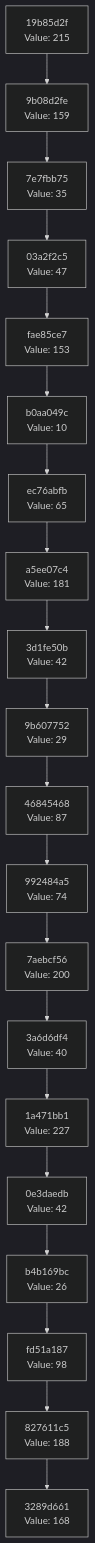
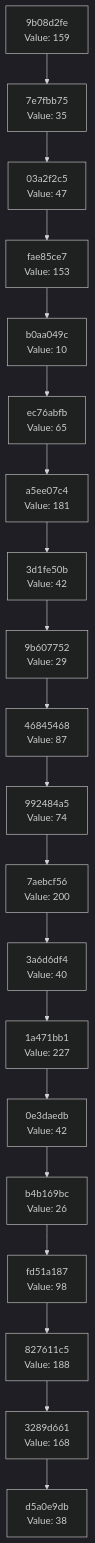
One commit to Abhisheksinha1506/hash-chain-evolver changed the diagram in docs/CHAIN_VISUALIZATION.md. Above: the diagram before and after it, drawn with Mermaid (dark theme). The commit also changed 3 other files, not shown here.

````diff
--- a/docs/CHAIN_VISUALIZATION.md
+++ b/docs/CHAIN_VISUALIZATION.md
@@ -3,42 +3,42 @@
 ```mermaid
 graph TD
-    C0["3289d661<br/>Value: 168"]
-    C1["827611c5<br/>Value: 188"]
+    C0["d5a0e9db<br/>Value: 38"]
+    C1["3289d661<br/>Value: 168"]
     C1 --> C0
-    C2["fd51a187<br/>Value: 98"]
+    C2["827611c5<br/>Value: 188"]
     C2 --> C1
-    C3["b4b169bc<br/>Value: 26"]
+    C3["fd51a187<br/>Value: 98"]
     C3 --> C2
-    C4["0e3daedb<br/>Value: 42"]
+    C4["b4b169bc<br/>Value: 26"]
     C4 --> C3
-    C5["1a471bb1<br/>Value: 227"]
+    C5["0e3daedb<br/>Value: 42"]
     C5 --> C4
-    C6["3a6d6df4<br/>Value: 40"]
+    C6["1a471bb1<br/>Value: 227"]
     C6 --> C5
-    C7["7aebcf56<br/>Value: 200"]
+    C7["3a6d6df4<br/>Value: 40"]
     C7 --> C6
-    C8["992484a5<br/>Value: 74"]
+    C8["7aebcf56<br/>Value: 200"]
     C8 --> C7
-    C9["46845468<br/>Value: 87"]
+    C9["992484a5<br/>Value: 74"]
     C9 --> C8
-    C10["9b607752<br/>Value: 29"]
+    C10["46845468<br/>Value: 87"]
     C10 --> C9
-    C11["3d1fe50b<br/>Value: 42"]
+    C11["9b607752<br/>Value: 29"]
     C11 --> C10
-    C12["a5ee07c4<br/>Value: 181"]
+    C12["3d1fe50b<br/>Value: 42"]
     C12 --> C11
-    C13["ec76abfb<br/>Value: 65"]
+    C13["a5ee07c4<br/>Value: 181"]
     C13 --> C12
-    C14["b0aa049c<br/>Value: 10"]
+    C14["ec76abfb<br/>Value: 65"]
     C14 --> C13
-    C15["fae85ce7<br/>Value: 153"]
+    C15["b0aa049c<br/>Value: 10"]
     C15 --> C14
-    C16["03a2f2c5<br/>Value: 47"]
+    C16["fae85ce7<br/>Value: 153"]
     C16 --> C15
-    C17["7e7fbb75<br/>Value: 35"]
+    C17["03a2f2c5<br/>Value: 47"]
     C17 --> C16
-    C18["9b08d2fe<br/>Value: 159"]
+    C18["7e7fbb75<br/>Value: 35"]
     C18 --> C17
-    C19["19b85d2f<br/>Value: 215"]
+    C19["9b08d2fe<br/>Value: 159"]
     C19 --> C18
 ```
````
